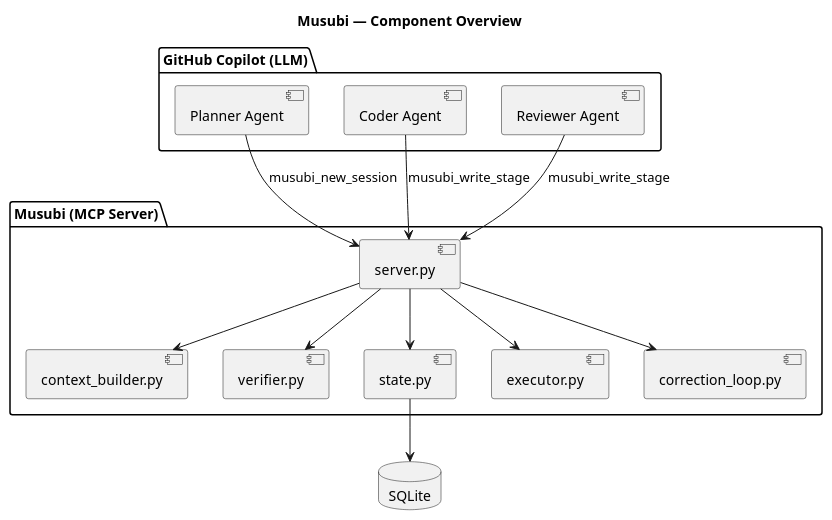
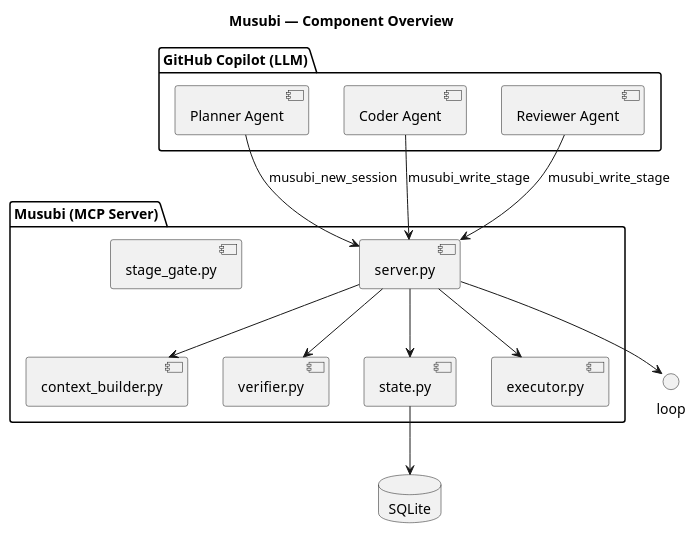
The third of 7 diagrams in .github/skills/documentation/references/plantuml-guide.md (Eurus7895/Musubi), drawn with PlantUML before and after one commit. The commit also changed other lines of this file and 105 other files, not shown here.

````diff
--- a/.github/skills/documentation/references/plantuml-guide.md
+++ b/.github/skills/documentation/references/plantuml-guide.md
@@ -75,33 +75,33 @@
 ```plantuml
 @startuml
 title Musubi — Component Overview
 
 package "GitHub Copilot (LLM)" {
     [Planner Agent]
     [Coder Agent]
     [Reviewer Agent]
 }
 
 package "Musubi (MCP Server)" {
     [server.py] as server
     [context_builder.py] as ctx
     [verifier.py] as ver
     [state.py] as state
     [executor.py] as exec
-    [correction_loop.py] as loop
+    [stage_gate.py] as gate
 }
 
 database "SQLite" as db
 
 [Planner Agent] --> server : musubi_new_session
 [Coder Agent] --> server : musubi_write_stage
 [Reviewer Agent] --> server : musubi_write_stage
 
 server --> ctx
 server --> ver
 server --> state
 server --> exec
 server --> loop
 state --> db
 @enduml
 ```
````
